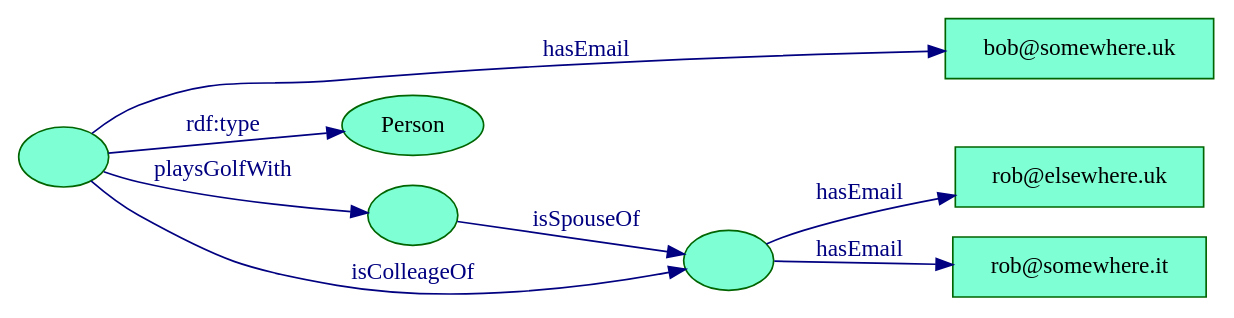
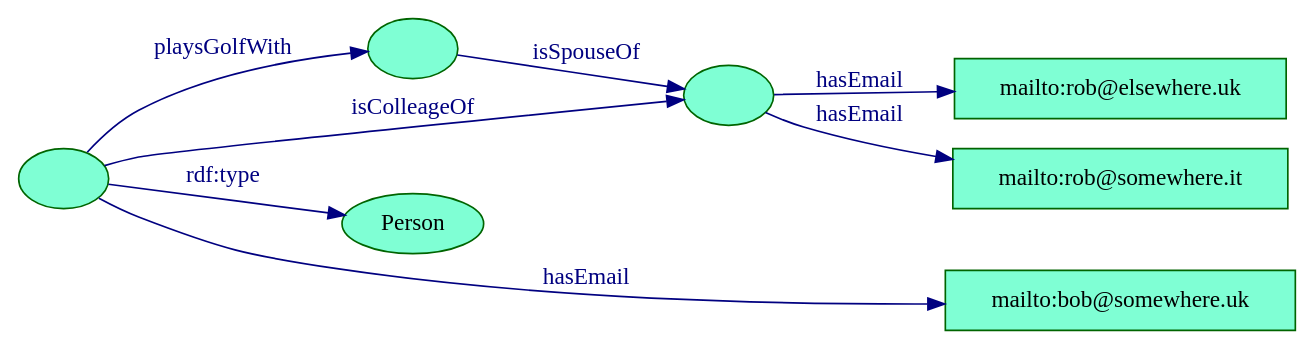
One commit to grochmal/birkbeck changed the diagram in int_tech/sw/coursework/ex2_bob.dot. Above: the diagram before and after it, drawn with Graphviz. The commit also changed 9 other files, not shown here.

```diff
--- a/int_tech/sw/coursework/ex2_bob.dot
+++ b/int_tech/sw/coursework/ex2_bob.dot
@@ -1,22 +1,17 @@
 digraph {
     rankdir=LR;
+    node [style=filled,color=darkgreen,fillcolor=aquamarine];
+    Bob [label=""]; RobsSpouse [label=""]; Rob [label=""]; Person;
+    BobsEmail   [shape=box,label="mailto:bob@somewhere.uk"];
+    RobsEmailUK [shape=box,label="mailto:rob@elsewhere.uk"];
+    RobsEmailIT [shape=box,label="mailto:rob@somewhere.it"];
     {rank=same; BobsEmail RobsEmailUK RobsEmailIT}
-    Bob [style="filled",color="darkgreen",fillcolor="aquamarine",label=""];
-    Person [style="filled",color="darkgreen",fillcolor="aquamarine"];
-    BobsEmail [style="filled",color="darkgreen"
-              ,fillcolor="aquamarine",shape="box",label="bob@somewhere.uk"];
-    RobsSpouse [style="filled",color="darkgreen"
-               ,fillcolor="aquamarine",label=""];
-    Rob [style="filled",color="darkgreen",fillcolor="aquamarine",label=""];
-    RobsEmailUK [style="filled",color="darkgreen"
-                ,fillcolor="aquamarine",shape="box",label="rob@elsewhere.uk"];
-    RobsEmailIT [style="filled",color="darkgreen"
-                ,fillcolor="aquamarine",shape="box",label="rob@somewhere.it"];
-    Bob -> Person      [label="rdf:type",color="navy",fontcolor="navy"];
-    Bob -> Rob         [label="isColleageOf",color="navy",fontcolor="navy"];
-    Bob -> BobsEmail   [label="hasEmail",color="navy",fontcolor="navy"];
-    Bob -> RobsSpouse  [label="playsGolfWith",color="navy",fontcolor="navy"];
-    RobsSpouse -> Rob  [label="isSpouseOf",color="navy",fontcolor="navy"];
-    Rob -> RobsEmailUK [label="hasEmail",color="navy",fontcolor="navy"];
-    Rob -> RobsEmailIT [label="hasEmail",color="navy",fontcolor="navy"];
+    edge [color=navy,fontcolor=navy];
+    Bob -> Person      [label="rdf:type"];
+    Bob -> Rob         [label=isColleageOf];
+    Bob -> BobsEmail   [label=hasEmail];
+    Bob -> RobsSpouse  [label=playsGolfWith];
+    RobsSpouse -> Rob  [label=isSpouseOf];
+    Rob -> RobsEmailUK [label=hasEmail];
+    Rob -> RobsEmailIT [label=hasEmail];
 }
```
